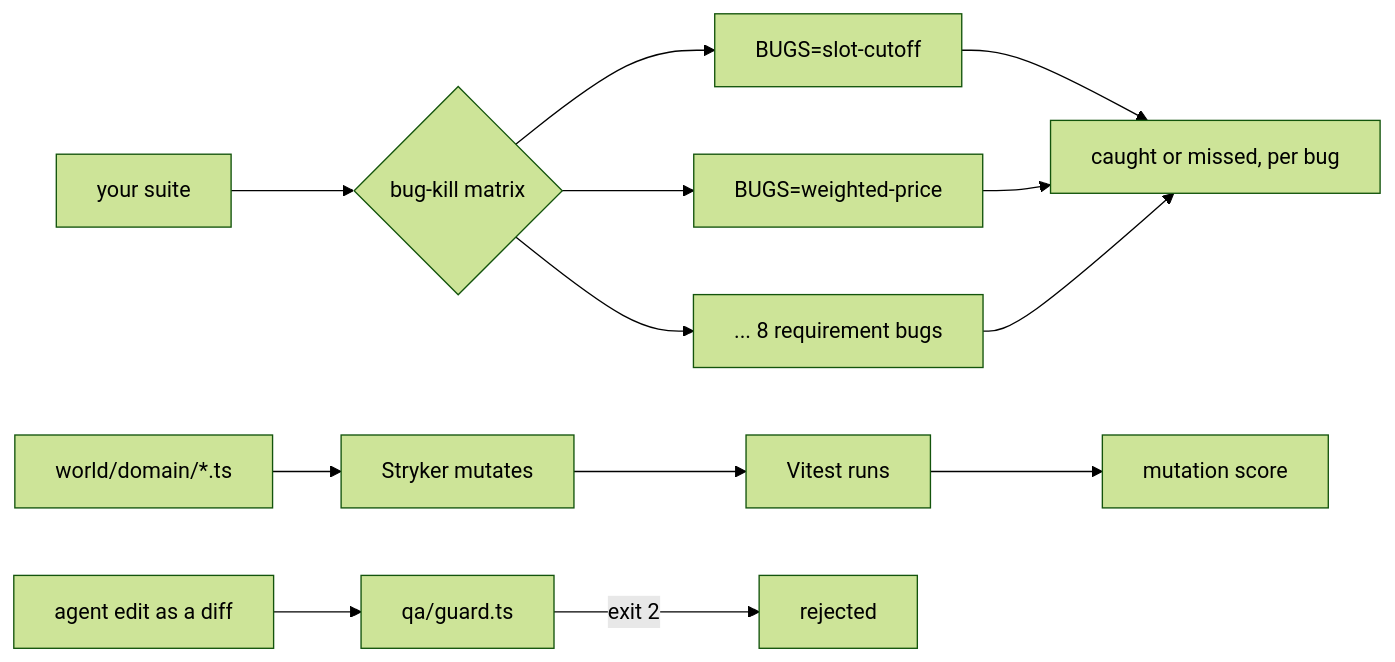
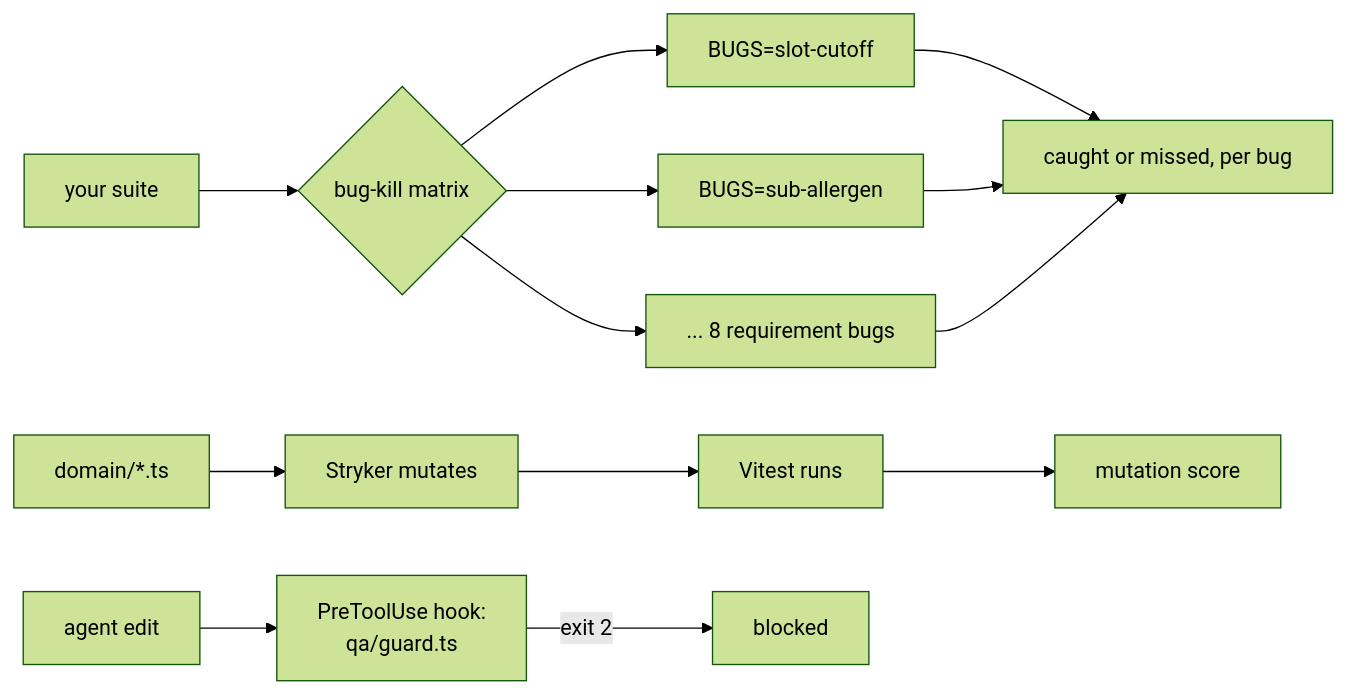
The diagram in parts/02-prove-the-tests-catch-bugs/README.md (learnwithparam/agentic-qa-workshop), drawn with Mermaid (forest theme) before and after one commit. The commit also changed other lines of this file and 156 other files, not shown here.

````diff
--- a/parts/02-prove-the-tests-catch-bugs/README.md
+++ b/parts/02-prove-the-tests-catch-bugs/README.md
@@ -26,8 +33,8 @@
 ```mermaid
 flowchart LR
   S[your suite] --> M{bug-kill matrix}
-  M --> B1[BUGS=slot-cutoff] & B2[BUGS=weighted-price] & B3[... 8 requirement bugs]
+  M --> B1[BUGS=slot-cutoff] & B2[BUGS=sub-allergen] & B3[... 8 requirement bugs]
   B1 & B2 & B3 --> G[caught or missed, per bug]
-  D[world/domain/*.ts] --> K[Stryker mutates] --> V[Vitest runs] --> SC[mutation score]
-  A[agent edit as a diff] --> GU[qa/guard.ts] -->|exit 2| X[rejected]
+  D[domain/*.ts] --> K[Stryker mutates] --> V[Vitest runs] --> SC[mutation score]
+  A[agent edit] --> GU[PreToolUse hook:<br/>qa/guard.ts] -->|exit 2| X[blocked]
 ```
````
